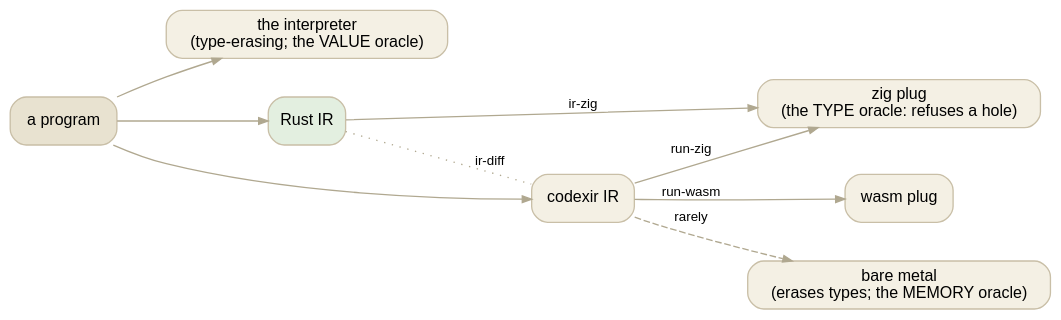
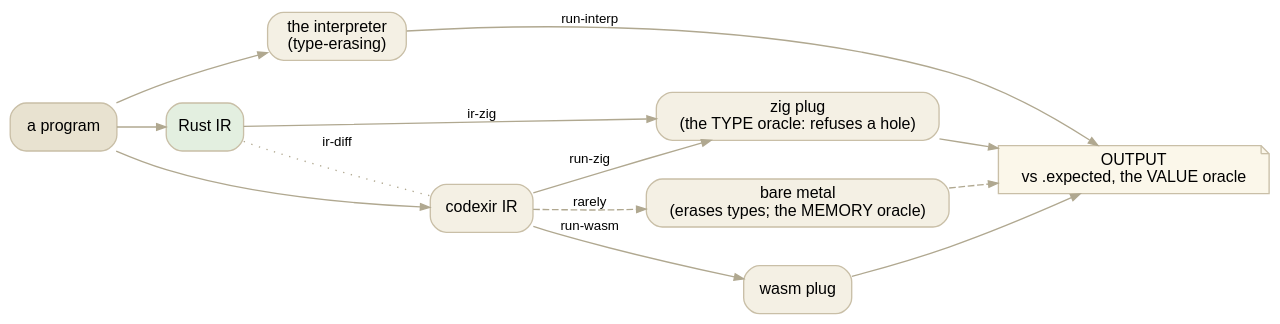
The diagram in notes/where-typed-ir-stands.md (showell/essay-repl-server), drawn with Graphviz before and after one commit. The commit also changed other lines of this file, not shown here.

First line of the commit message:
notes: where typed IR stands -- the output node closes the loop

````diff
--- a/notes/where-typed-ir-stands.md
+++ b/notes/where-typed-ir-stands.md
@@ -11,17 +11,19 @@
 ```dot
 digraph {
   rankdir=LR; bgcolor="transparent"; pad=0.2; nodesep=0.4;
   node [shape=box style="rounded,filled" fillcolor="#f4f0e4" color="#c9bfa7" fontname="Helvetica" fontsize=12];
   edge [color="#b0a890" arrowsize=0.7 fontname="Helvetica" fontsize=10];
   src [label="a program" fillcolor="#e8e2d0"];
-  interp [label="the interpreter\n(type-erasing; the VALUE oracle)"];
+  interp [label="the interpreter\n(type-erasing)"];
   rust [label="Rust IR" fillcolor="#e3efe0"];
   up [label="codexir IR"];
   zig [label="zig plug\n(the TYPE oracle: refuses a hole)"];
   wasm [label="wasm plug"];
   metal [label="bare metal\n(erases types; the MEMORY oracle)"];
+  out [label="OUTPUT\nvs .expected, the VALUE oracle" shape=note fillcolor="#fbf7ea"];
   src -> interp; src -> rust; src -> up;
   rust -> zig [label="ir-zig"]; up -> zig [label="run-zig"]; up -> wasm [label="run-wasm"]; up -> metal [style=dashed label="rarely"];
   rust -> up [dir=none style=dotted label="ir-diff"];
+  interp -> out [label="run-interp"]; zig -> out; wasm -> out; metal -> out [style=dashed];
 }
 ```
````
